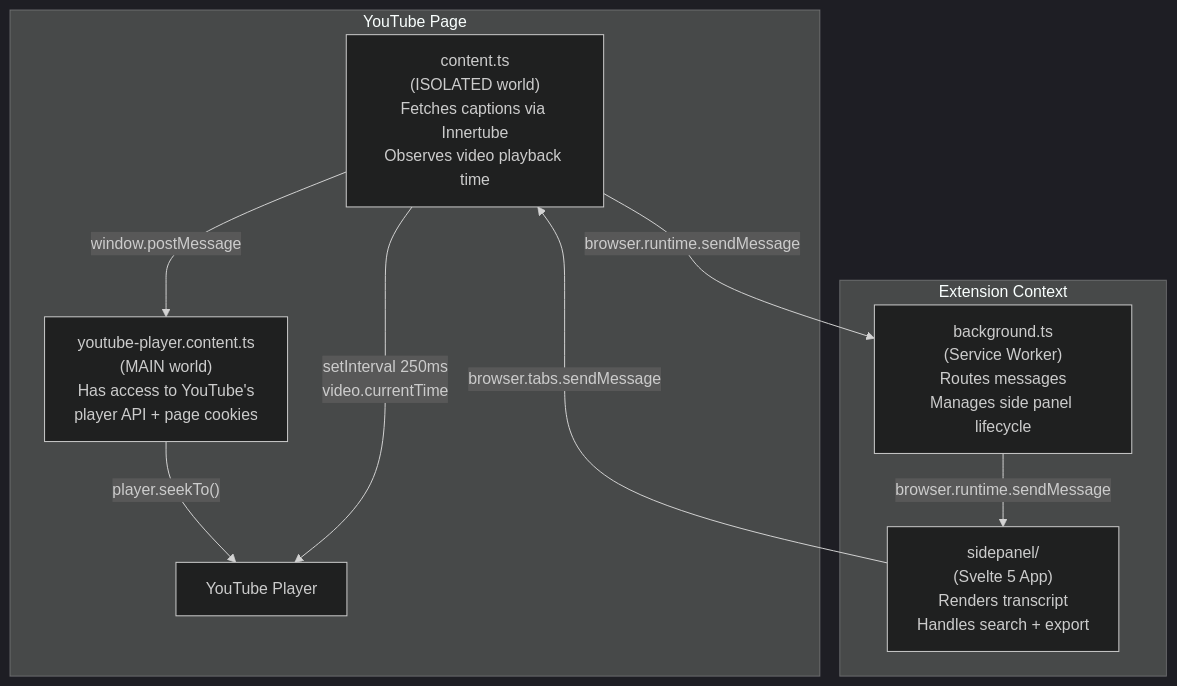
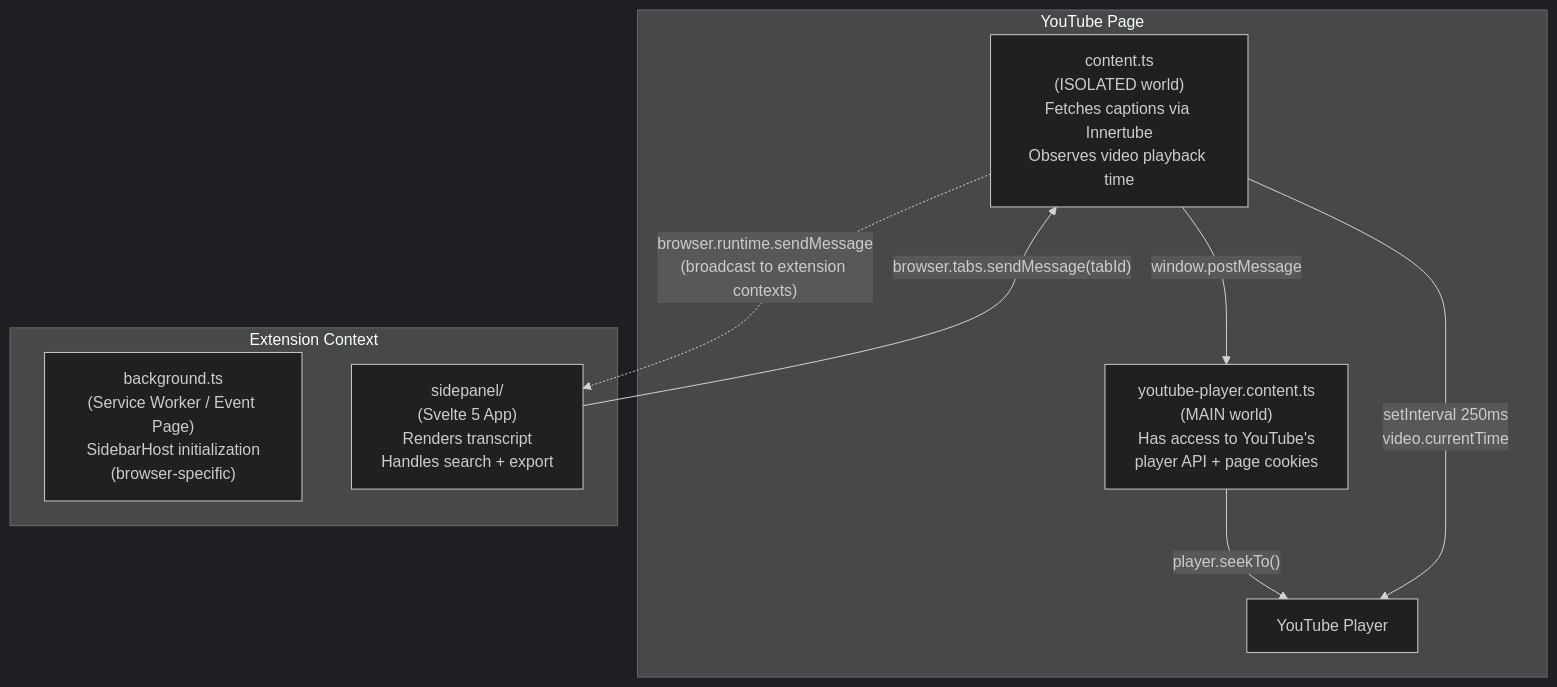
Before and after one commit to tednaleid/quoth: the first of 7 diagrams in docs/spec/architecture.md, drawn with Mermaid (dark theme). The commit also changed other lines of this file, not shown here.

First line of the commit message:
Rewrite architecture.md: direct messaging, Firefox, TabConnector

````diff
--- a/docs/spec/architecture.md
+++ b/docs/spec/architecture.md
@@ -8,20 +12,19 @@
 ```mermaid
 graph TB
     subgraph "YouTube Page"
         YT[YouTube Player]
         MW["youtube-player.content.ts<br/>(MAIN world)<br/>Has access to YouTube's<br/>player API + page cookies"]
         CS["content.ts<br/>(ISOLATED world)<br/>Fetches captions via Innertube<br/>Observes video playback time"]
     end
 
     subgraph "Extension Context"
-        BG["background.ts<br/>(Service Worker)<br/>Routes messages<br/>Manages side panel lifecycle"]
+        BG["background.ts<br/>(Service Worker / Event Page)<br/>SidebarHost initialization<br/>(browser-specific)"]
         SP["sidepanel/<br/>(Svelte 5 App)<br/>Renders transcript<br/>Handles search + export"]
     end
 
-    CS -- "browser.runtime.sendMessage" --> BG
-    BG -- "browser.runtime.sendMessage" --> SP
-    SP -- "browser.tabs.sendMessage" --> CS
+    CS -. "browser.runtime.sendMessage<br/>(broadcast to extension contexts)" .-> SP
+    SP -- "browser.tabs.sendMessage(tabId)" --> CS
     CS -- "window.postMessage" --> MW
     MW -- "player.seekTo()" --> YT
     CS -- "setInterval 250ms<br/>video.currentTime" --> YT
 ```
````
